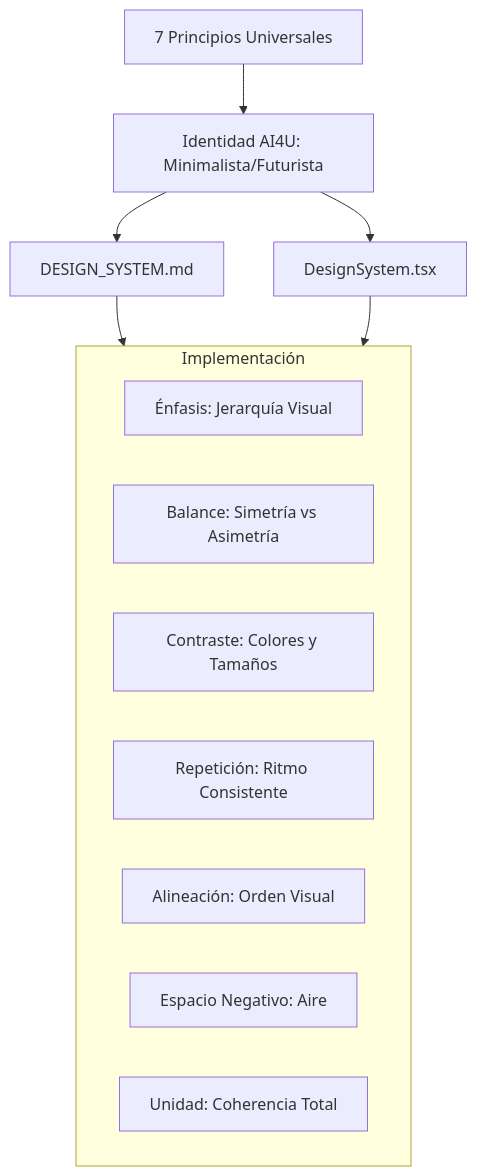
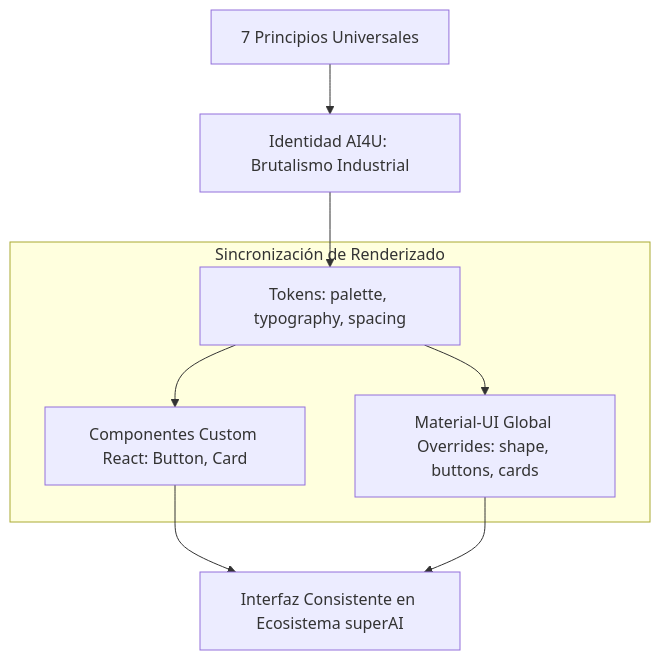
The diagram in docs/DESIGN_SYSTEM.md (ai4u-com-co/sistemaDiseno), drawn with Mermaid before and after one commit. The commit also changed other lines of this file and 155 other files, not shown here.

````diff
--- a/docs/DESIGN_SYSTEM.md
+++ b/docs/DESIGN_SYSTEM.md
@@ -37,19 +18,13 @@
 ```mermaid
 graph TD
-    UserPrinciples[7 Principios Universales] --> AI4U_Identity[Identidad AI4U: Minimalista/Futurista]
-    AI4U_Identity --> MD_Docs[DESIGN_SYSTEM.md]
-    AI4U_Identity --> Page_Docs[DesignSystem.tsx]
+    UserPrinciples[7 Principios Universales] --> AI4U_Identity[Identidad AI4U: Brutalismo Industrial]
+    AI4U_Identity --> CoreTokens[Tokens: palette, typography, spacing]
     
-    subgraph Principles_Implementation [Implementación]
-        P1[Énfasis: Jerarquía Visual]
-        P2[Balance: Simetría vs Asimetría]
-        P3[Contraste: Colores y Tamaños]
-        P4[Repetición: Ritmo Consistente]
-        P5[Alineación: Orden Visual]
-        P6[Espacio Negativo: Aire]
-        P7[Unidad: Coherencia Total]
+    subgraph Sincronizacion [Sincronización de Renderizado]
+        CoreTokens --> CustomLib[Componentes Custom React: Button, Card]
+        CoreTokens --> MuiOverride[Material-UI Global Overrides: shape, buttons, cards]
     end
     
-    MD_Docs --> Principles_Implementation
-    Page_Docs --> Principles_Implementation
+    CustomLib --> UnifiedView[Interfaz Consistente en Ecosistema superAI]
+    MuiOverride --> UnifiedView
 ```
````
